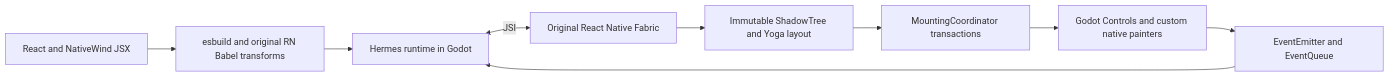
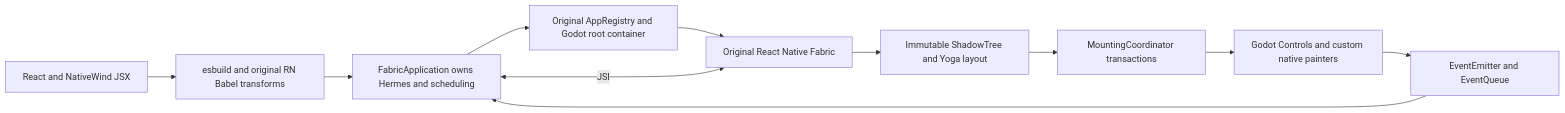
Before and after one commit to journey-studios/godot-fabric: the diagram in docs/ARCHITECTURE.md, drawn with Mermaid. The commit also changed other lines of this file and 14 other files, not shown here.

First line of the commit message:
docs(runtime): Record shared-root authoring and native evidence

````diff
--- a/docs/ARCHITECTURE.md
+++ b/docs/ARCHITECTURE.md
@@ -11,11 +12,13 @@
 ```mermaid
 flowchart LR
   JSX[React and NativeWind JSX] --> Bundle[esbuild and original RN Babel transforms]
-  Bundle --> Hermes[Hermes runtime in Godot]
+  Bundle --> Hermes[FabricApplication owns Hermes and scheduling]
+  Hermes --> Registry[Original AppRegistry and Godot root container]
+  Registry --> Fabric
   Hermes <-->|JSI| Fabric[Original React Native Fabric]
   Fabric --> Shadow[Immutable ShadowTree and Yoga layout]
   Shadow --> Mount[MountingCoordinator transactions]
   Mount --> Native[Godot Controls and custom native painters]
   Native --> Events[EventEmitter and EventQueue]
   Events --> Hermes
 ```
````
